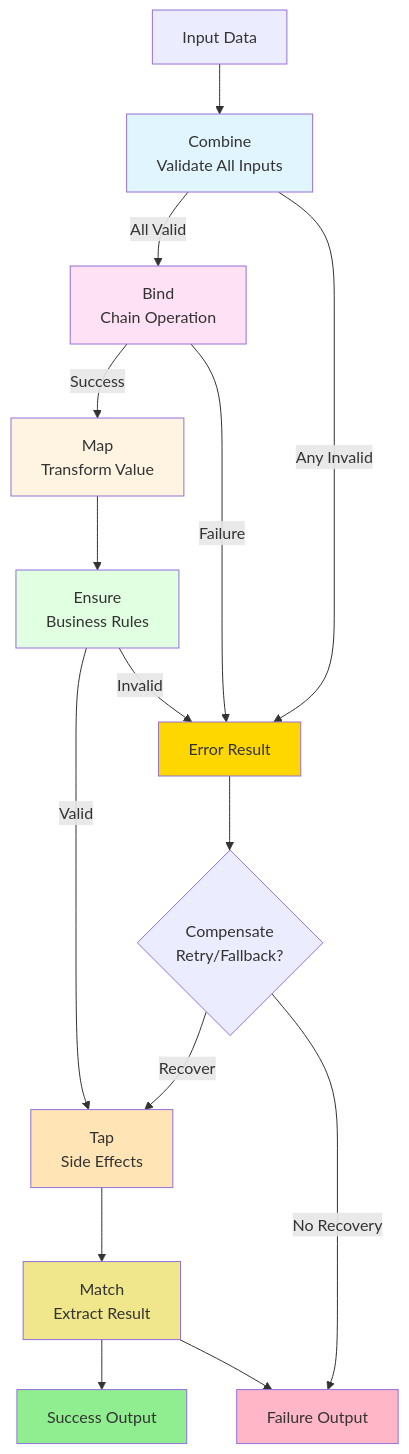
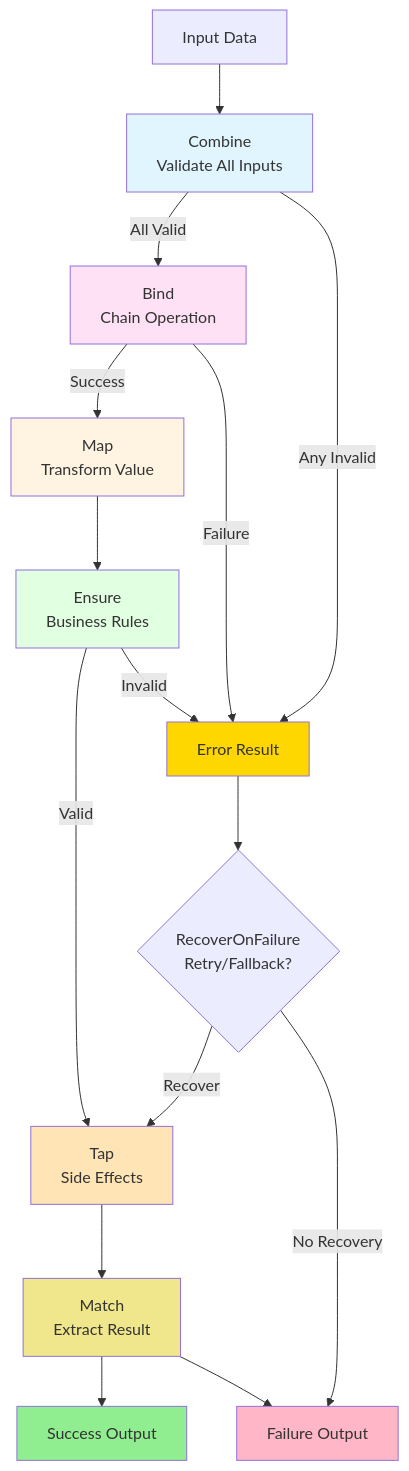
The second of 3 diagrams in docs/docfx_project/articles/basics.md (xavierjohn/FunctionalDDD), drawn with Mermaid before and after one commit. The commit also changed other lines of this file and 36 other files, not shown here.

````diff
--- a/docs/docfx_project/articles/basics.md
+++ b/docs/docfx_project/articles/basics.md
@@ -233,33 +233,33 @@
 ```mermaid
 flowchart TB
     START[Input Data] --> COMBINE[Combine<br/>Validate All Inputs]
     COMBINE -->|All Valid| BIND[Bind<br/>Chain Operation]
     COMBINE -->|Any Invalid| ERROR[Error Result]
     
     BIND -->|Success| MAP[Map<br/>Transform Value]
     BIND -->|Failure| ERROR
     
     MAP --> ENSURE[Ensure<br/>Business Rules]
     
     ENSURE -->|Valid| TAP[Tap<br/>Side Effects]
     ENSURE -->|Invalid| ERROR
     
     TAP --> MATCH[Match<br/>Extract Result]
     
     MATCH --> SUCCESS[Success Output]
     MATCH --> FAILURE[Failure Output]
     
-    ERROR --> COMPENSATE{Compensate<br/>Retry/Fallback?}
-    COMPENSATE -->|Recover| TAP
-    COMPENSATE -->|No Recovery| FAILURE
+    ERROR --> RecoverOnFailure{RecoverOnFailure<br/>Retry/Fallback?}
+    RecoverOnFailure -->|Recover| TAP
+    RecoverOnFailure -->|No Recovery| FAILURE
     
     style SUCCESS fill:#90EE90
     style FAILURE fill:#FFB6C6
     style ERROR fill:#FFD700
     style COMBINE fill:#E1F5FF
     style BIND fill:#FFE1F5
     style MAP fill:#FFF4E1
     style ENSURE fill:#E1FFE1
     style TAP fill:#FFE4B5
     style MATCH fill:#F0E68C
 ```
````
